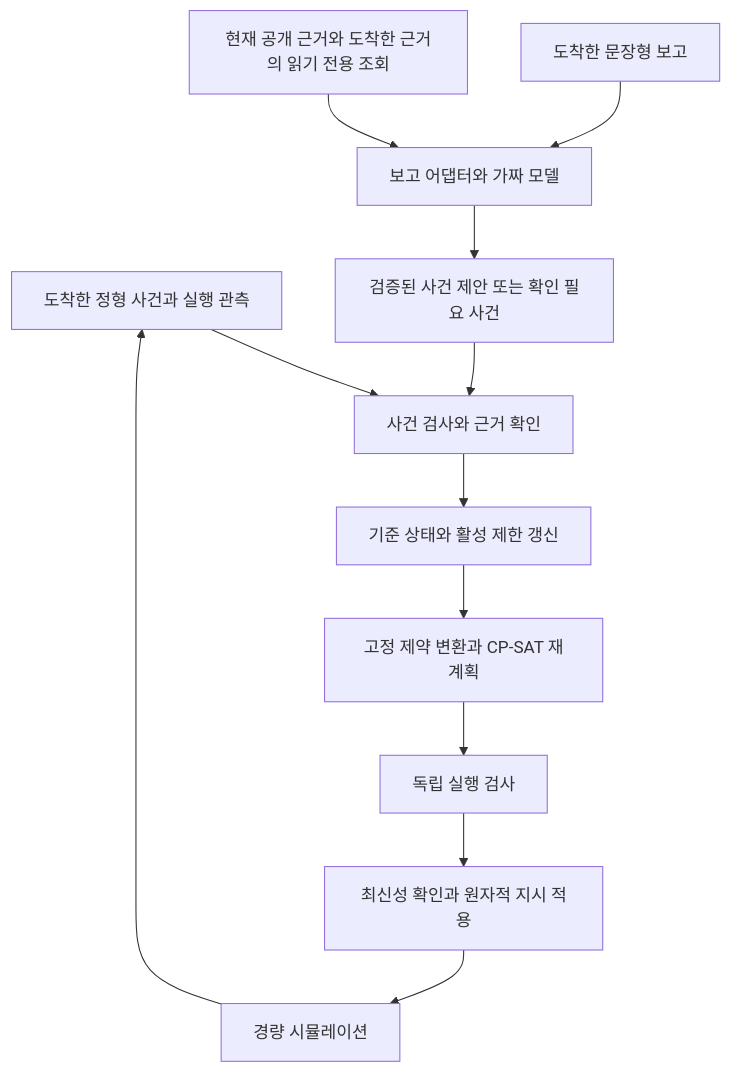
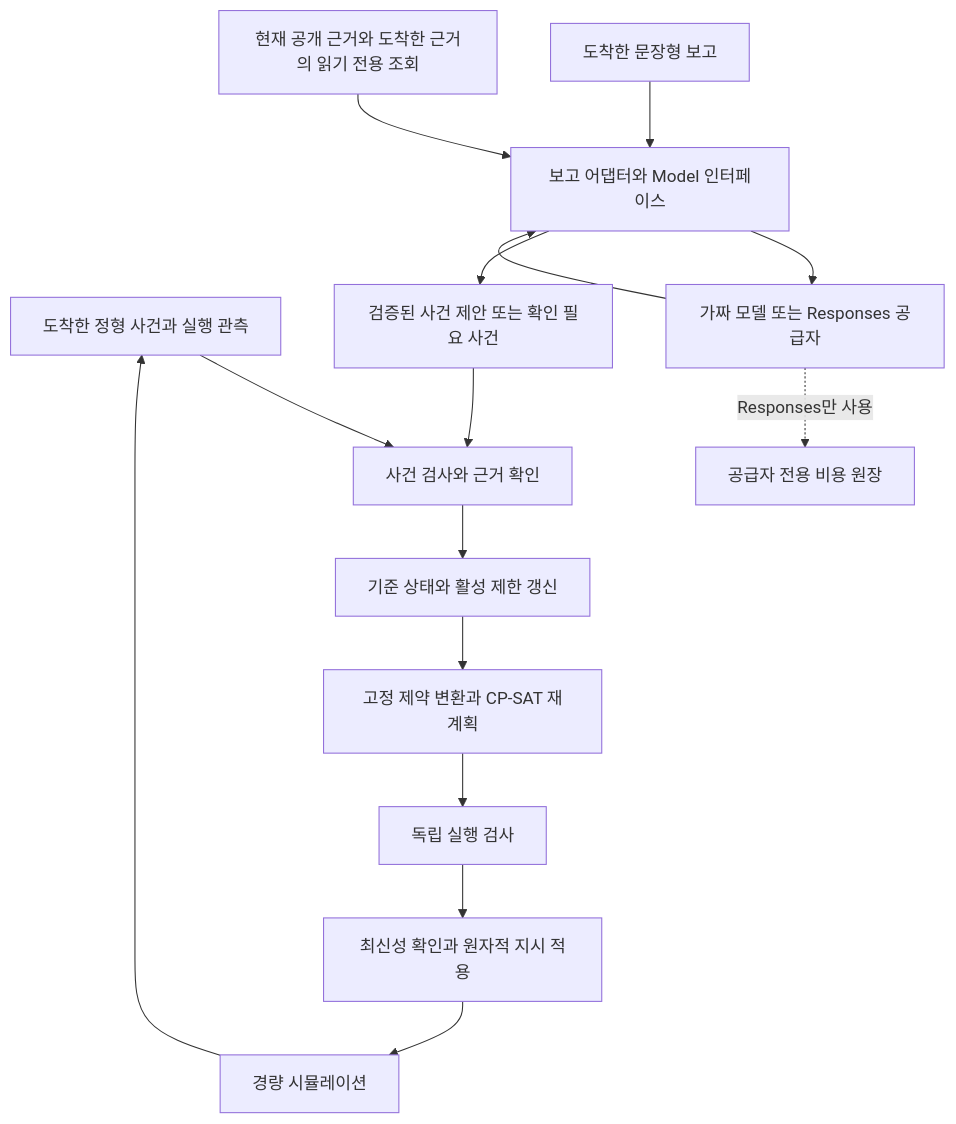
Before and after one commit to yumsj0626-afk/shipyard-welding-automation: the diagram in docs/architecture.md, drawn with Mermaid. The commit also changed other lines of this file and 18 other files, not shown here.

````diff
--- a/docs/architecture.md
+++ b/docs/architecture.md
@@ -25,14 +25,17 @@
 ```mermaid
 flowchart TD
     I["도착한 정형 사건과 실행 관측"] --> E["사건 검사와 근거 확인"]
-    L["도착한 문장형 보고"] --> F["보고 어댑터와 가짜 모델"]
+    L["도착한 문장형 보고"] --> F["보고 어댑터와 Model 인터페이스"]
+    F --> G["가짜 모델 또는 Responses 공급자"]
+    G --> F
+    G -. "Responses만 사용" .-> B["공급자 전용 비용 원장"]
     Q["현재 공개 근거와 도착한 근거의 읽기 전용 조회"] --> F
     F --> P["검증된 사건 제안 또는 확인 필요 사건"]
     P --> E
     E --> R["기준 상태와 활성 제한 갱신"]
     R --> S["고정 제약 변환과 CP-SAT 재계획"]
     S --> V["독립 실행 검사"]
     V --> A["최신성 확인과 원자적 지시 적용"]
     A --> M["경량 시뮬레이션"]
     M --> I
 ```
````
